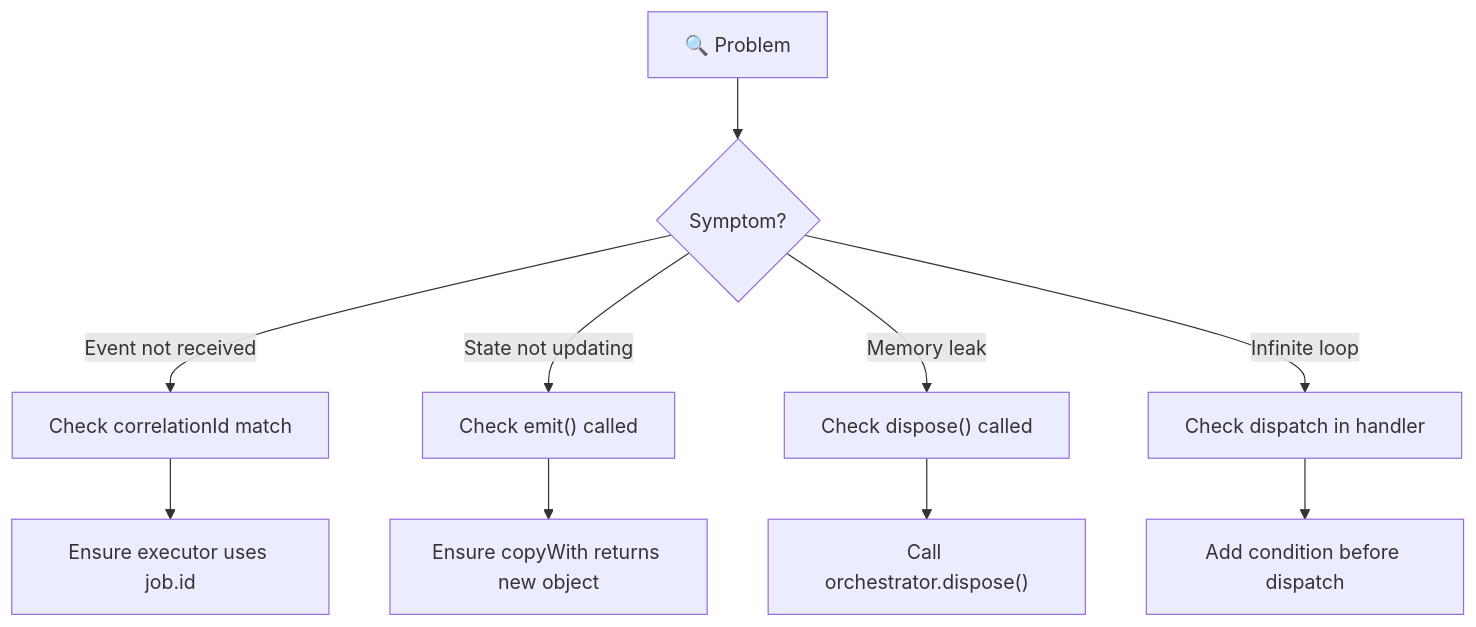
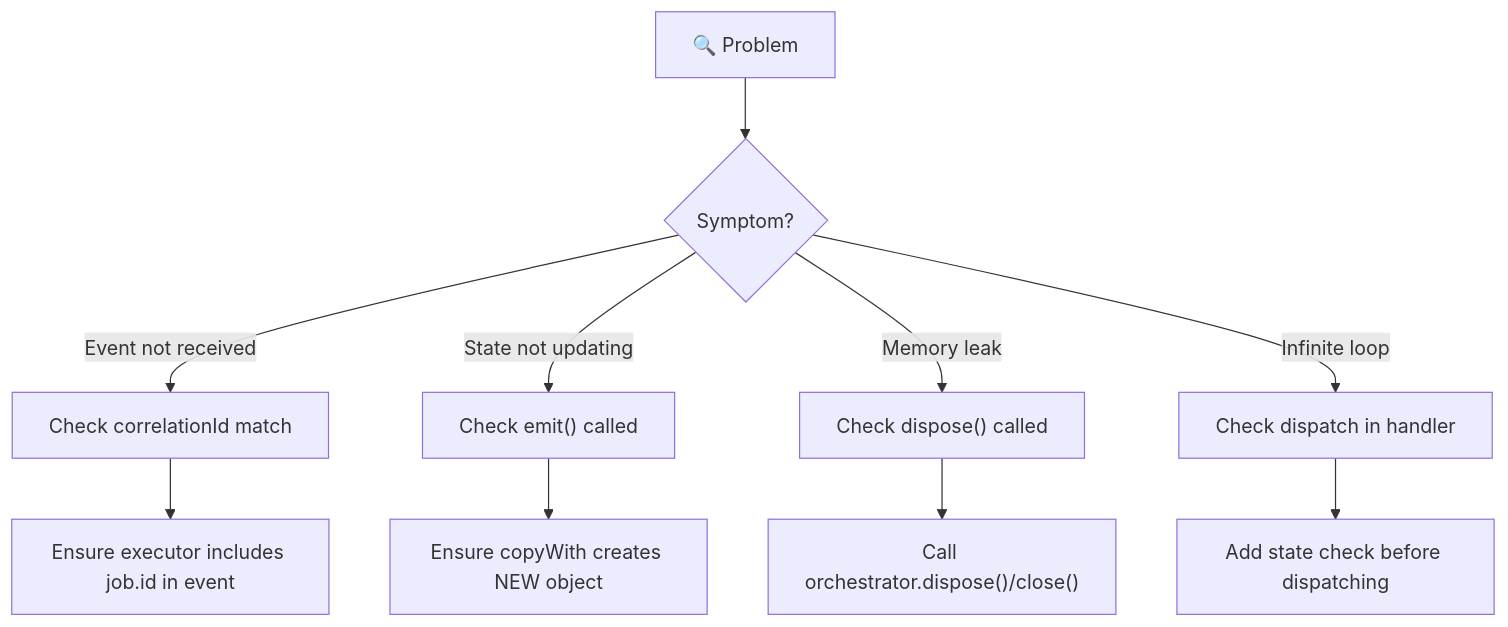
Diagram 13 of 14 in book/chapters/07_best_practices.md (lploc94/flutter_orchestrator), drawn with Mermaid before and after one commit. The commit also changed other lines of this file and 31 other files, not shown here.

````diff
--- a/book/chapters/07_best_practices.md
+++ b/book/chapters/07_best_practices.md
@@ -295,14 +328,14 @@
 ```mermaid
 flowchart TD
     Problem["🔍 Problem"] --> Symptom{"Symptom?"}
     
     Symptom -->|"Event not received"| Check1["Check correlationId match"]
     Symptom -->|"State not updating"| Check2["Check emit() called"]
     Symptom -->|"Memory leak"| Check3["Check dispose() called"]
     Symptom -->|"Infinite loop"| Check4["Check dispatch in handler"]
     
-    Check1 --> Fix1["Ensure executor uses job.id"]
-    Check2 --> Fix2["Ensure copyWith returns new object"]
-    Check3 --> Fix3["Call orchestrator.dispose()"]
-    Check4 --> Fix4["Add condition before dispatch"]
+    Check1 --> Fix1["Ensure executor includes job.id in event"]
+    Check2 --> Fix2["Ensure copyWith creates NEW object"]
+    Check3 --> Fix3["Call orchestrator.dispose()/close()"]
+    Check4 --> Fix4["Add state check before dispatching"]
 ```
````
